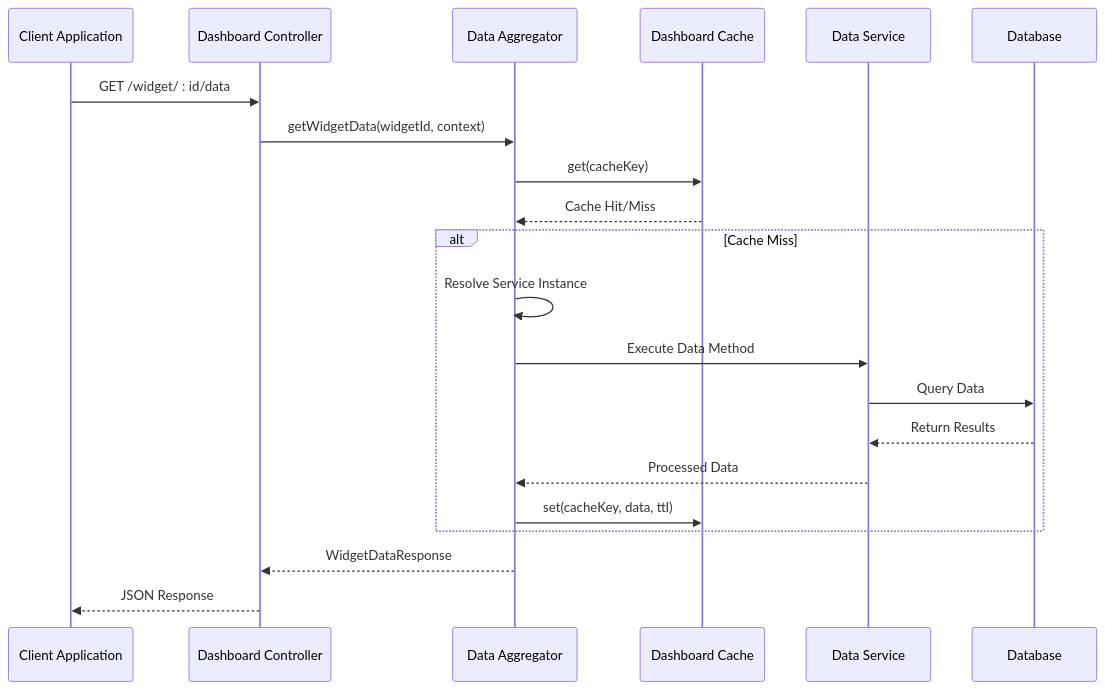
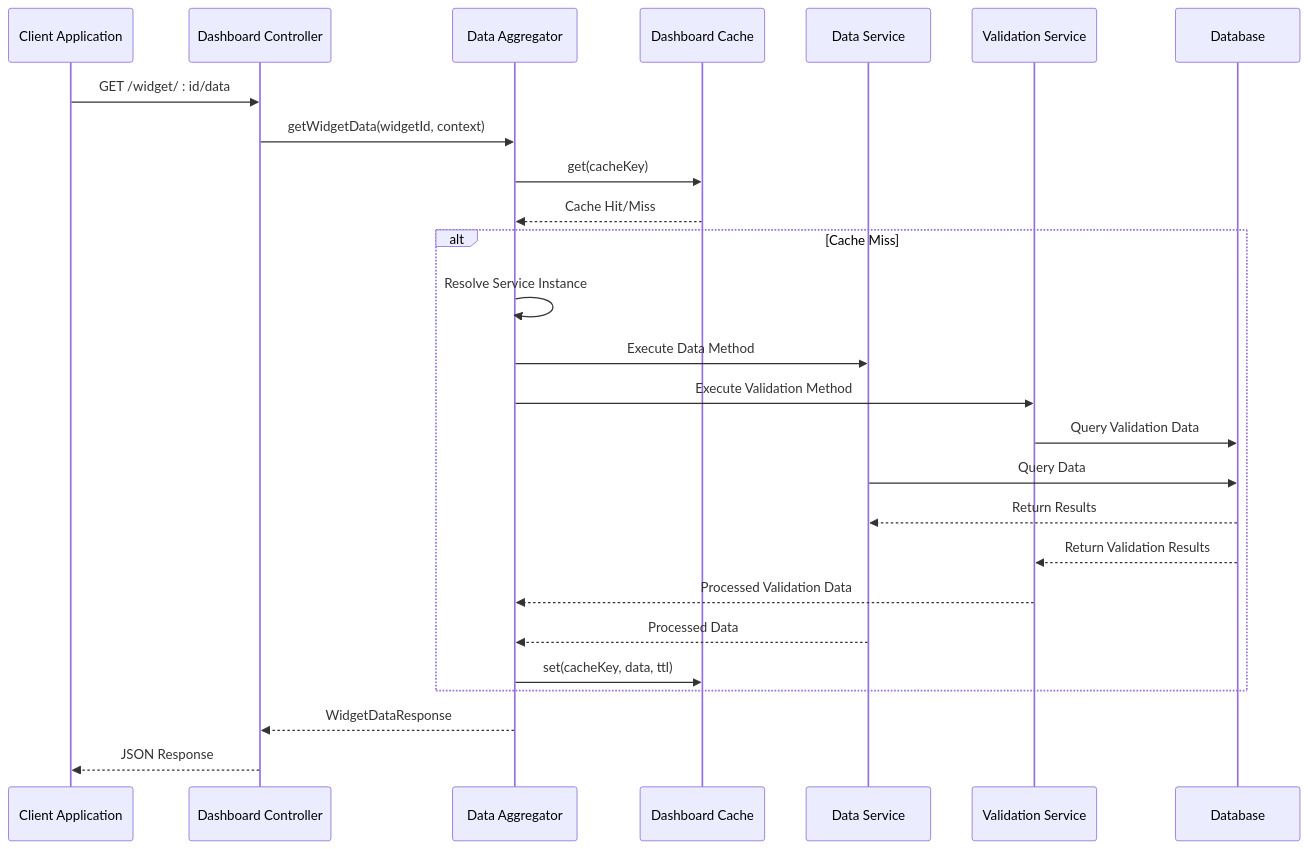
The fifth of 9 diagrams in .qoder/repowiki/en/content/Modules & Features/Dashboard System Implementation.md (franckylab/eLISAschool), drawn with Mermaid before and after one commit. The commit also changed other lines of this file and 358 other files, not shown here.

````diff
--- a/.qoder/repowiki/en/content/Modules & Features/Dashboard System Implementation.md
+++ b/.qoder/repowiki/en/content/Modules & Features/Dashboard System Implementation.md
@@ -218,23 +229,28 @@
 ```mermaid
 sequenceDiagram
 participant Client as Client Application
 participant Controller as Dashboard Controller
 participant Aggregator as Data Aggregator
 participant Cache as Dashboard Cache
 participant Service as Data Service
+participant Validation as Validation Service
 participant DB as Database
 Client->>Controller : GET /widget/ : id/data
 Controller->>Aggregator : getWidgetData(widgetId, context)
 Aggregator->>Cache : get(cacheKey)
 Cache-->>Aggregator : Cache Hit/Miss
 alt Cache Miss
 Aggregator->>Aggregator : Resolve Service Instance
 Aggregator->>Service : Execute Data Method
+Aggregator->>Validation : Execute Validation Method
+Validation->>DB : Query Validation Data
 Service->>DB : Query Data
 DB-->>Service : Return Results
+DB-->>Validation : Return Validation Results
+Validation-->>Aggregator : Processed Validation Data
 Service-->>Aggregator : Processed Data
 Aggregator->>Cache : set(cacheKey, data, ttl)
 end
 Aggregator-->>Controller : WidgetDataResponse
 Controller-->>Client : JSON Response
 ```
````
